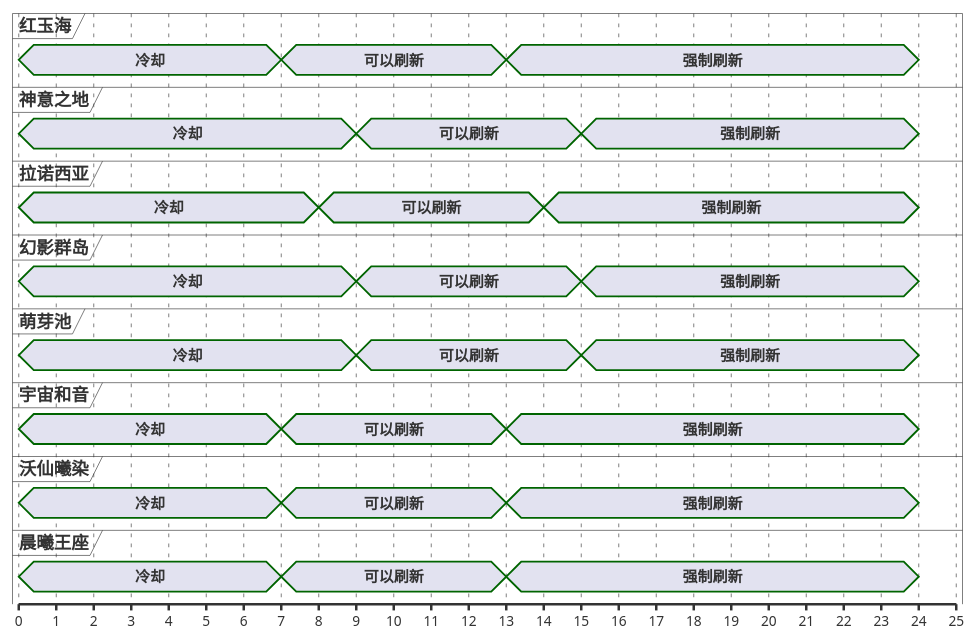
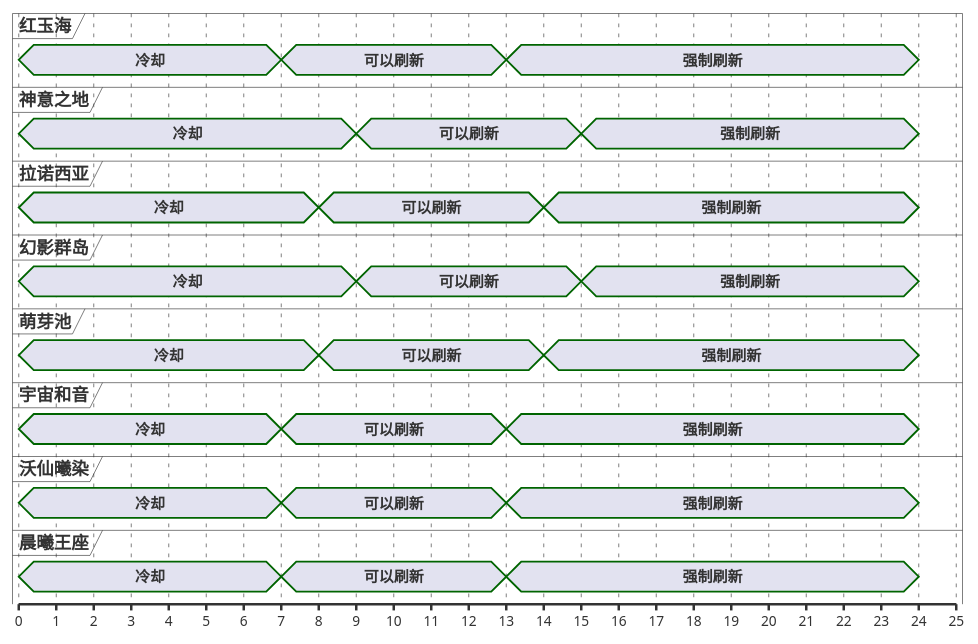
One commit to Eroleice/doc-pi changed the first of 13 diagrams in ffxiv/hunt/2.0/Minhocao.md. Above: the diagram before and after it, drawn with PlantUML. The commit also changed other lines of this file and 38 other files, not shown here.

````diff
--- a/ffxiv/hunt/2.0/Minhocao.md
+++ b/ffxiv/hunt/2.0/Minhocao.md
@@ -33,63 +33,63 @@
 ```plantuml
 @startuml
 scale 1 as 30 pixels
 
 concise 红玉海
 concise 神意之地
 concise 拉诺西亚
 concise 幻影群岛
 concise 萌芽池
 concise 宇宙和音
 concise 沃仙曦染
 concise 晨曦王座
 
 @红玉海
 0 is 冷却
 7 is 可以刷新
 13 is 强制刷新
 24 is {hidden}
 
 @沃仙曦染
 0 is 冷却
 7 is 可以刷新
 13 is 强制刷新
 24 is {hidden}
 
 @宇宙和音
 0 is 冷却
 7 is 可以刷新
 13 is 强制刷新
 24 is {hidden}
 
 @晨曦王座
 0 is 冷却
 7 is 可以刷新
 13 is 强制刷新
 24 is {hidden}
 
 @拉诺西亚
 0 is 冷却
 8 is 可以刷新
 14 is 强制刷新
 24 is {hidden}
 
 @萌芽池
 0 is 冷却
-9 is 可以刷新
-15 is 强制刷新
+8 is 可以刷新
+14 is 强制刷新
 24 is {hidden}
 
 @神意之地
 0 is 冷却
 9 is 可以刷新
 15 is 强制刷新
 24 is {hidden}
 
 @幻影群岛
 0 is 冷却
 9 is 可以刷新
 15 is 强制刷新
 24 is {hidden}
 
 @enduml
 ```
````
